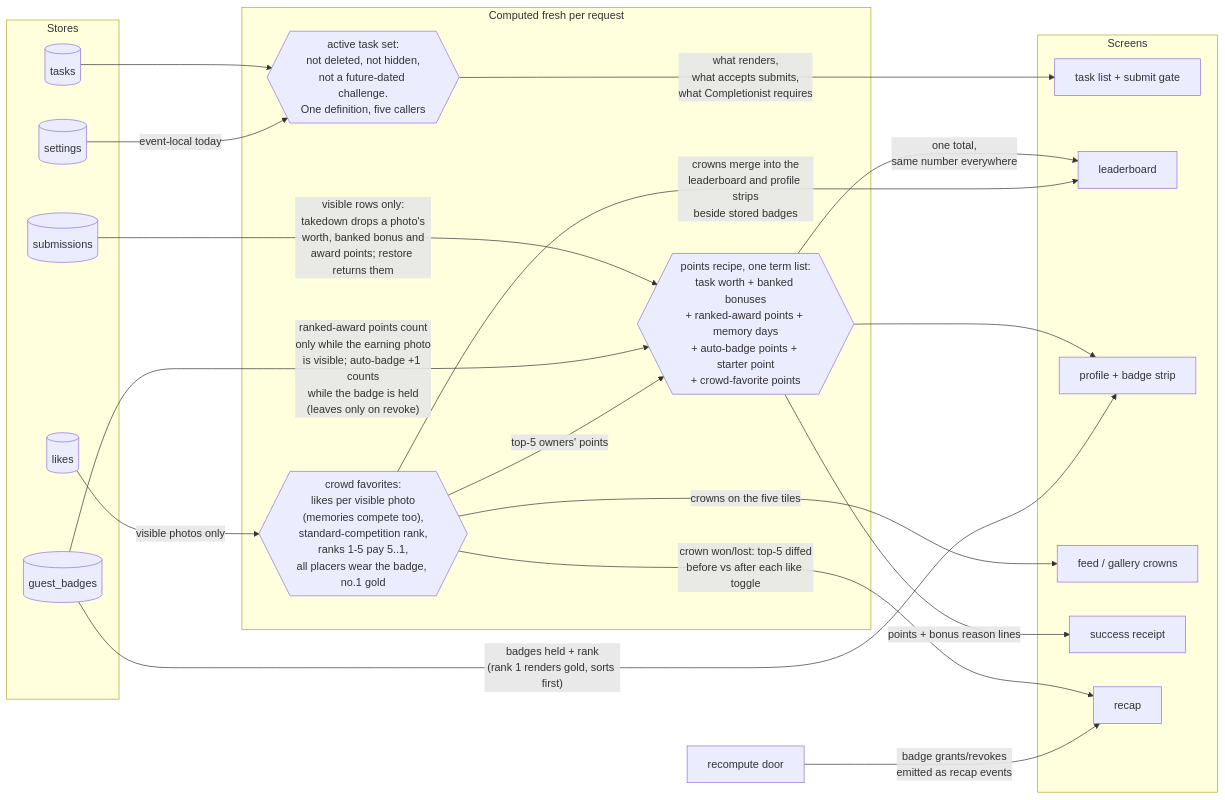
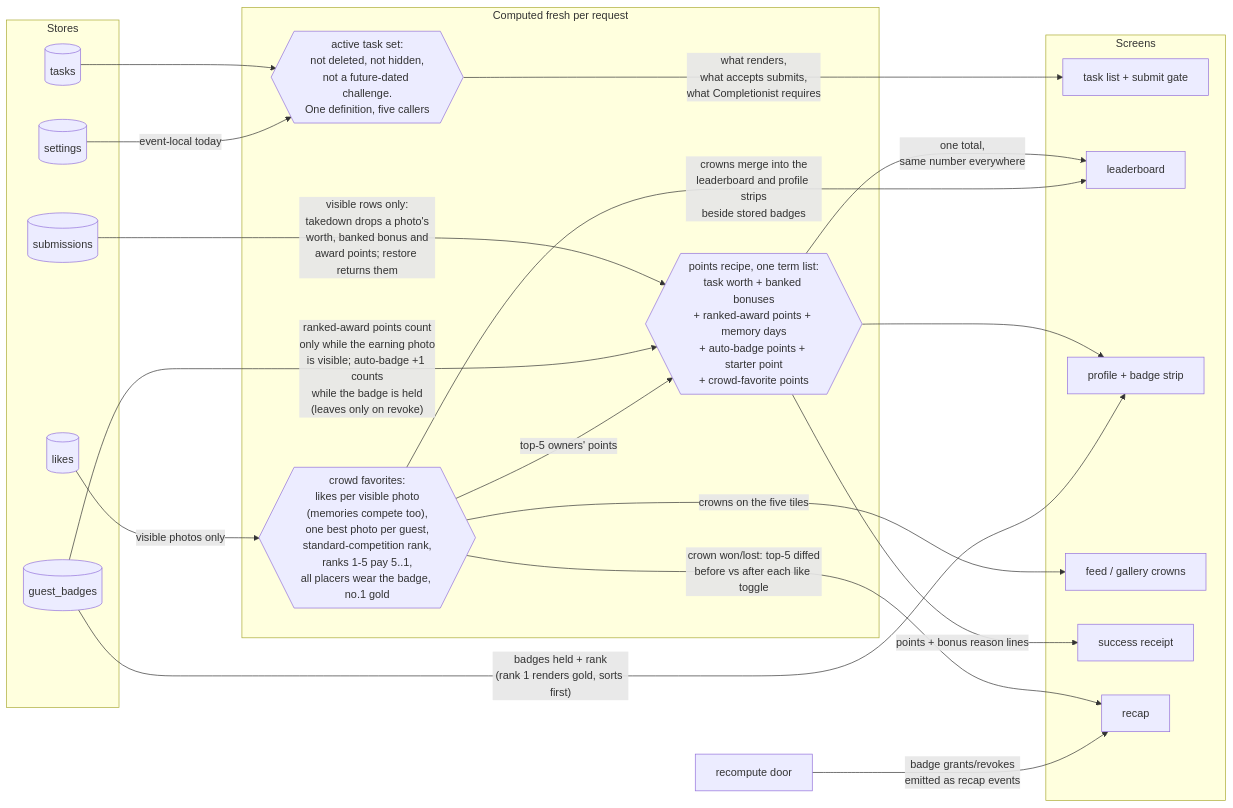
The second of 4 diagrams in docs/game-design-points-badges.md (TrevorHumble/TaskMasterWedding), drawn with Mermaid before and after one commit. The commit also changed other lines of this file and 5 other files, not shown here.

First line of the commit message:
fix(scoring): count each guest once in crowd favorites (#896)

````diff
--- a/docs/game-design-points-badges.md
+++ b/docs/game-design-points-badges.md
@@ -243,42 +247,42 @@
 ```mermaid
 flowchart LR
   subgraph Stores
     T[("tasks")]
     S[("submissions")]
     L[("likes")]
     GB[("guest_badges")]
     ST[("settings")]
   end
 
   subgraph Derived["Computed fresh per request"]
     ATS{{"active task set:<br/>not deleted, not hidden,<br/>not a future-dated challenge.<br/>One definition, five callers"}}
-    CF{{"crowd favorites:<br/>likes per visible photo<br/>(memories compete too),<br/>standard-competition rank,<br/>ranks 1-5 pay 5..1,<br/>all placers wear the badge, no.1 gold"}}
+    CF{{"crowd favorites:<br/>likes per visible photo<br/>(memories compete too),<br/>one best photo per guest,<br/>standard-competition rank,<br/>ranks 1-5 pay 5..1,<br/>all placers wear the badge, no.1 gold"}}
     PTS{{"points recipe, one term list:<br/>task worth + banked bonuses<br/>+ ranked-award points + memory days<br/>+ auto-badge points + starter point<br/>+ crowd-favorite points"}}
   end
 
   subgraph Screens
     TK["task list + submit gate"]
     LB["leaderboard"]
     PR["profile + badge strip"]
     FD["feed / gallery crowns"]
     RC["success receipt"]
     BL["recap"]
   end
 
   T --> ATS
   ST -- "event-local today" --> ATS
   S -- "visible rows only:<br/>takedown drops a photo's<br/>worth, banked bonus and<br/>award points; restore returns them" --> PTS
   GB -- "ranked-award points count<br/>only while the earning photo<br/>is visible; auto-badge +1 counts<br/>while the badge is held<br/>(leaves only on revoke)" --> PTS
   L -- "visible photos only" --> CF
   CF -- "top-5 owners' points" --> PTS
 
   ATS -- "what renders,<br/>what accepts submits,<br/>what Completionist requires" --> TK
   PTS -- "one total,<br/>same number everywhere" --> LB
   PTS --> PR
   GB -- "badges held + rank<br/>(rank 1 renders gold, sorts first)" --> PR
   CF -- "crowns merge into the<br/>leaderboard and profile strips<br/>beside stored badges" --> LB
   CF -- "crowns on the five tiles" --> FD
   PTS -- "points + bonus reason lines" --> RC
   CF -- "crown won/lost: top-5 diffed<br/>before vs after each like toggle" --> BL
   R2["recompute door"] -- "badge grants/revokes<br/>emitted as recap events" --> BL
 ```
````
